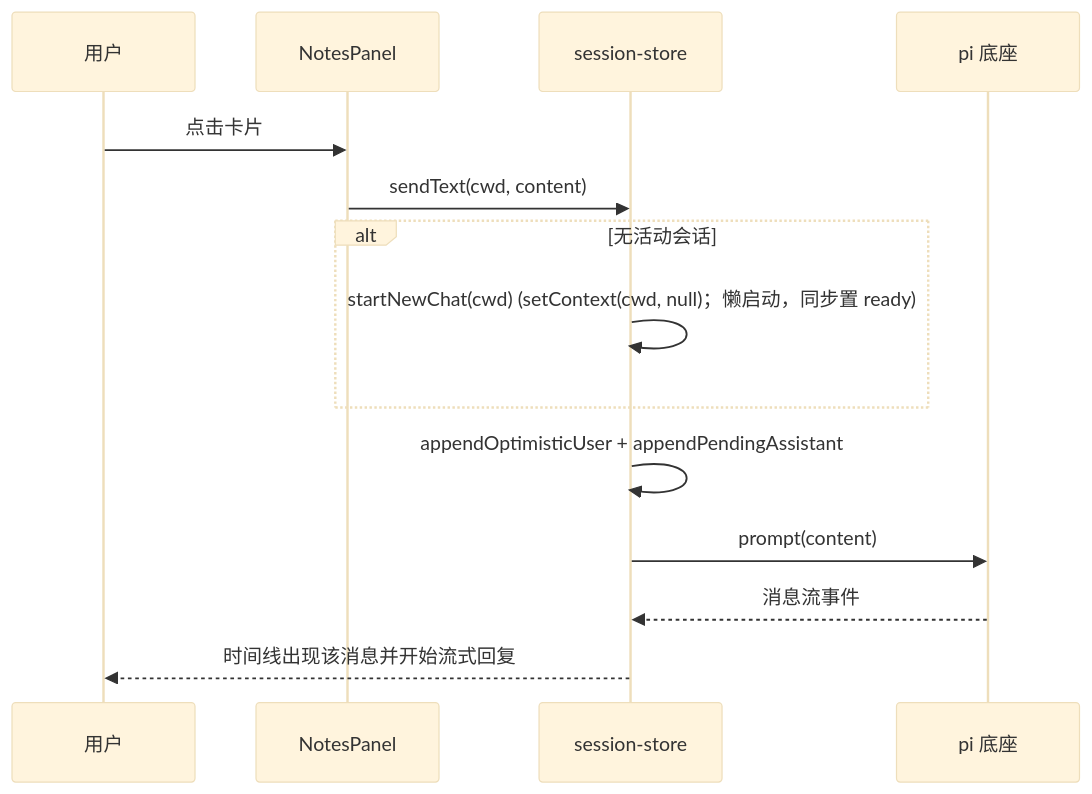
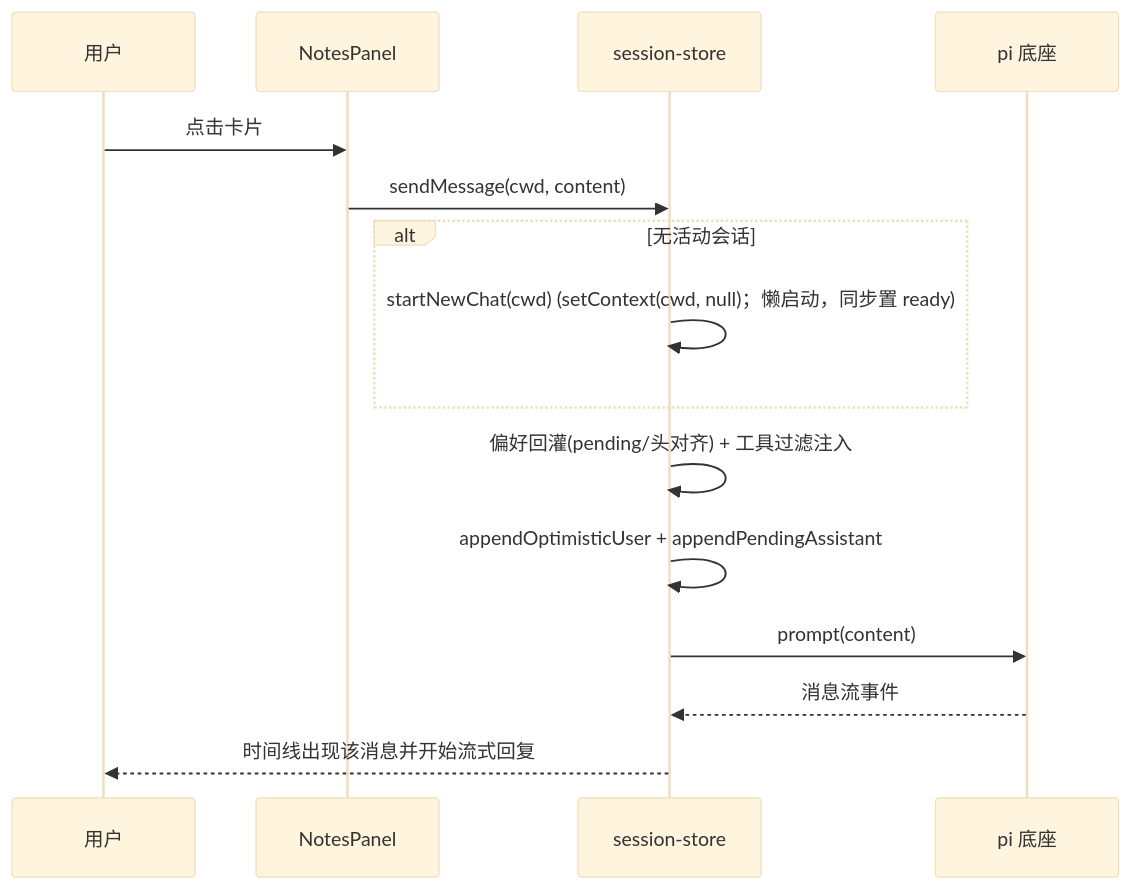
Before and after one commit to GOODDAYDAY/my-harness-desktop: the second of 2 diagrams in docs/design/note-plugin.md, drawn with Mermaid (base theme). The commit also changed other lines of this file and 5 other files, not shown here.

First line of the commit message:
feat(sessions): 发送收敛为统一入口 sendMessage——composer/rewind/notes 行为由构造强制一致

````diff
--- a/docs/design/note-plugin.md
+++ b/docs/design/note-plugin.md
@@ -120,16 +120,17 @@
 ```mermaid
 sequenceDiagram
     participant U as 用户
     participant P as NotesPanel
     participant S as session-store
     participant K as pi 底座
     U->>P: 点击卡片
-    P->>S: sendText(cwd, content)
+    P->>S: sendMessage(cwd, content)
     alt 无活动会话
         S->>S: startNewChat(cwd)  (setContext(cwd, null)；懒启动，同步置 ready)
     end
+    S->>S: 偏好回灌(pending/头对齐) + 工具过滤注入
     S->>S: appendOptimisticUser + appendPendingAssistant
     S->>K: prompt(content)
     K-->>S: 消息流事件
     S-->>U: 时间线出现该消息并开始流式回复
 ```
````
